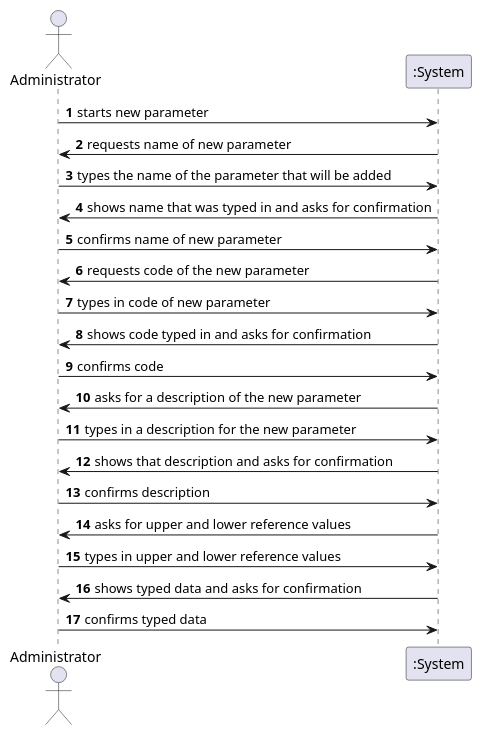
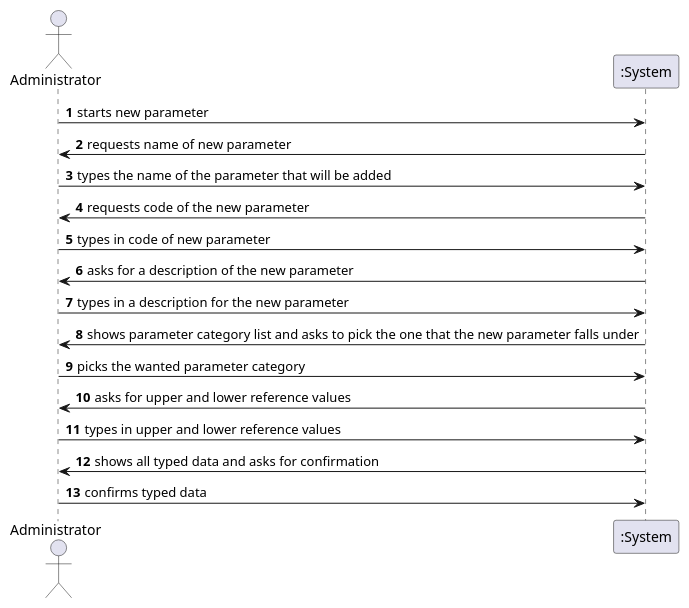
The diagram in docs/SprintB/US10/US10_SSD.puml (MadDinosaur/ISEP-LAPR2), drawn with PlantUML before and after one commit. The commit also changed 2 other files, not shown here.

Commit message:
Updated US10 Sequence and System Sequence diagram

```diff
--- a/docs/SprintB/US10/US10_SSD.puml
+++ b/docs/SprintB/US10/US10_SSD.puml
@@ -1,25 +1,21 @@
 @startuml
 
 autonumber
 
 actor Administrator
 
 Administrator -> ":System": starts new parameter
 ":System" -> Administrator: requests name of new parameter
 Administrator -> ":System": types the name of the parameter that will be added
-":System" -> Administrator: shows name that was typed in and asks for confirmation
-Administrator -> ":System": confirms name of new parameter
 ":System" -> Administrator: requests code of the new parameter
 Administrator -> ":System": types in code of new parameter
-":System" -> Administrator: shows code typed in and asks for confirmation
-Administrator -> ":System": confirms code
 ":System" -> Administrator: asks for a description of the new parameter
 Administrator -> ":System": types in a description for the new parameter
-":System" -> Administrator: shows that description and asks for confirmation
-Administrator -> ":System": confirms description
+":System" -> Administrator: shows parameter category list and asks to pick the one that the new parameter falls under
+Administrator -> ":System": picks the wanted parameter category
 ":System" -> Administrator: asks for upper and lower reference values
 Administrator -> ":System": types in upper and lower reference values
-":System" -> Administrator: shows typed data and asks for confirmation
+":System" -> Administrator: shows all typed data and asks for confirmation
 Administrator -> ":System": confirms typed data
 
 @enduml
```
